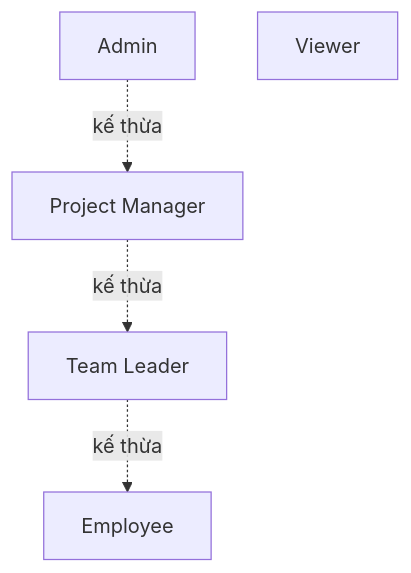
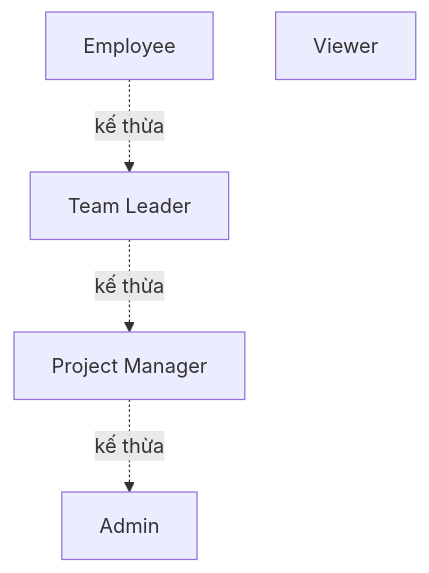
The diagram in document/usecase-diagram.md (anhhthuu2404/task-management), drawn with Mermaid before and after one commit.

Commit message:
fix: cập nhật lại sơ đồ và chỉnh sửa code

````diff
--- a/document/usecase-diagram.md
+++ b/document/usecase-diagram.md
@@ -19,12 +19,12 @@
 ```mermaid
 flowchart TD
     Employee["Employee"]
     TeamLeader["Team Leader"]
     PM["Project Manager"]
     Admin["Admin"]
     Viewer["Viewer"]
 
-    TeamLeader -.->|"kế thừa"| Employee
-    PM -.->|"kế thừa"| TeamLeader
-    Admin -.->|"kế thừa"| PM
+    Employee -.->|"kế thừa"| TeamLeader
+    TeamLeader -.->|"kế thừa"| PM
+    PM -.->|"kế thừa"| Admin
 ```
````
